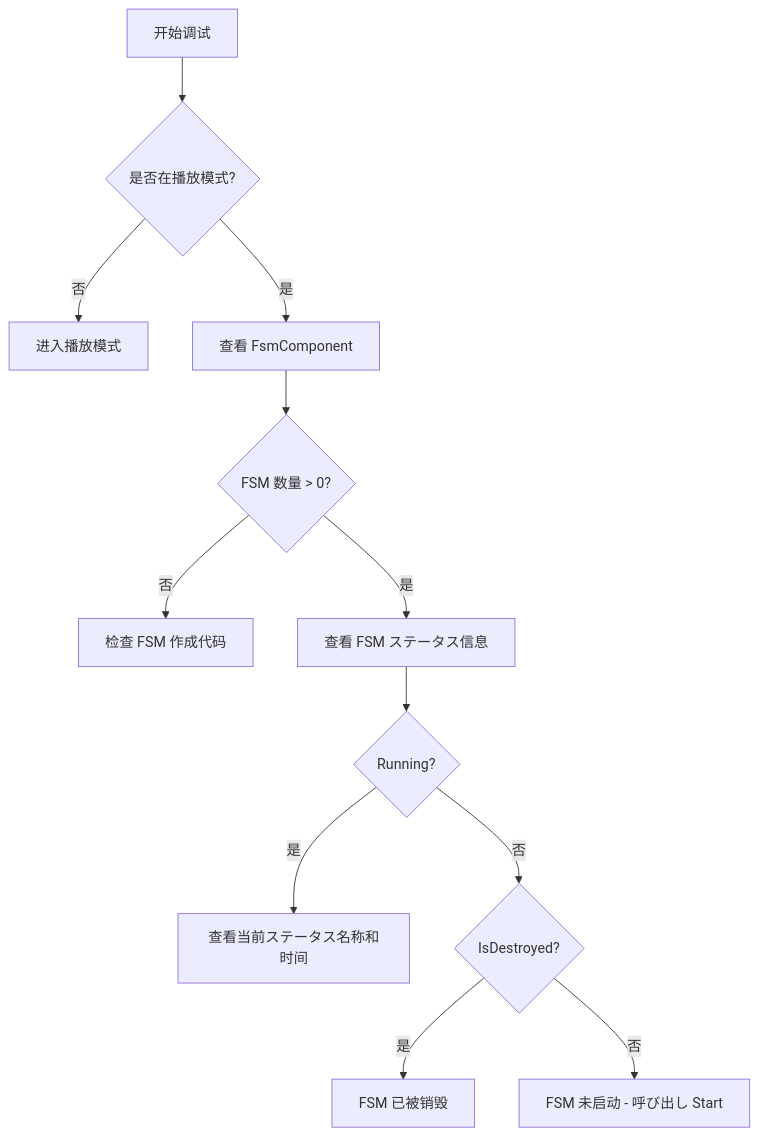
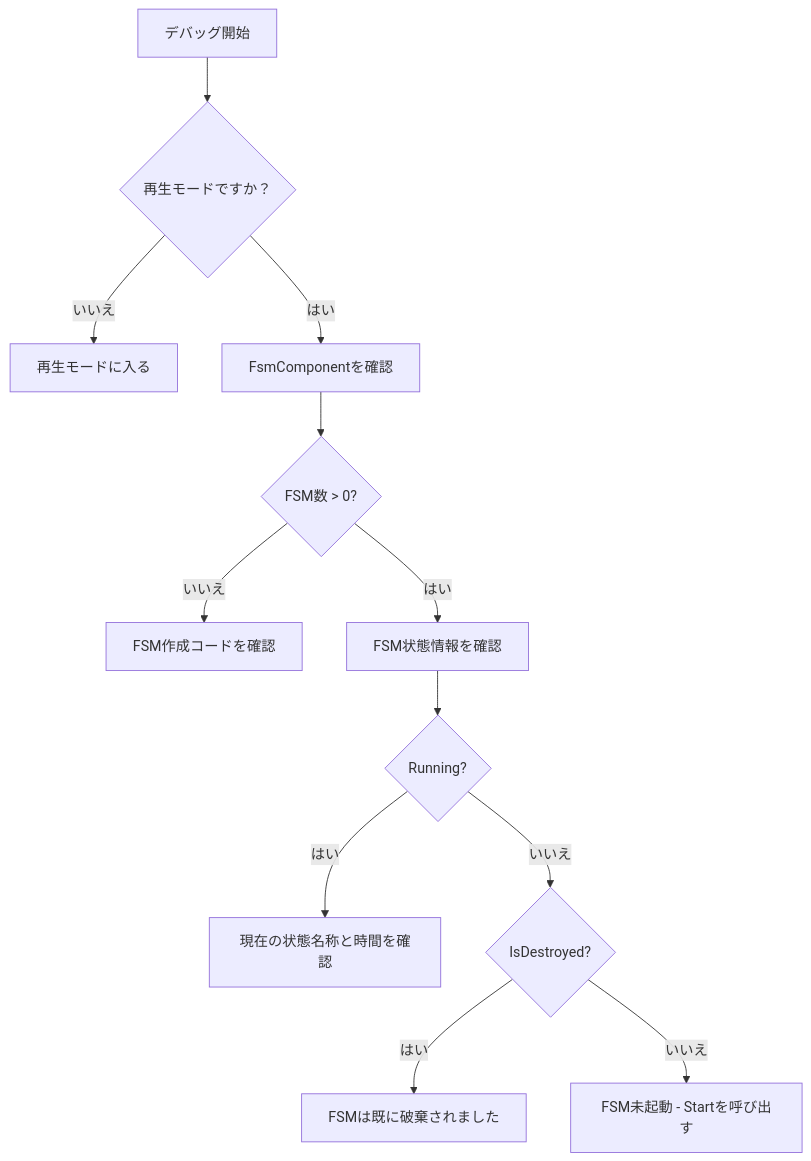
The diagram in docs/ja/client/unity/component/fsm/06.troubleshooting.md (AlianBlank/GameFrameX.Docs), drawn with Mermaid before and after one commit. The commit also changed other lines of this file and 320 other files, not shown here.

````diff
--- a/docs/ja/client/unity/component/fsm/06.troubleshooting.md
+++ b/docs/ja/client/unity/component/fsm/06.troubleshooting.md
@@ -445,14 +445,14 @@
 ```mermaid
 flowchart TD
-    A[开始调试] --> B{是否在播放模式?}
-    B -->|否| C[进入播放模式]
-    B -->|是| D[查看 FsmComponent]
-    D --> E{FSM 数量 > 0?}
-    E -->|否| F[检查 FSM 作成代码]
-    E -->|是| G[查看 FSM ステータス信息]
+    A[デバッグ開始] --> B{再生モードですか？}
+    B -->|いいえ| C[再生モードに入る]
+    B -->|はい| D[FsmComponentを確認]
+    D --> E{FSM数 > 0?}
+    E -->|いいえ| F[FSM作成コードを確認]
+    E -->|はい| G[FSM状態情報を確認]
     G --> H{Running?}
-    H -->|是| I[查看当前ステータス名称和时间]
-    H -->|否| J{IsDestroyed?}
-    J -->|是| K[FSM 已被销毁]
-    J -->|否| L[FSM 未启动 - 呼び出し Start]
+    H -->|はい| I[現在の状態名称と時間を確認]
+    H -->|いいえ| J{IsDestroyed?}
+    J -->|はい| K[FSMは既に破棄されました]
+    J -->|いいえ| L[FSM未起動 - Startを呼び出す]
 ```
````
